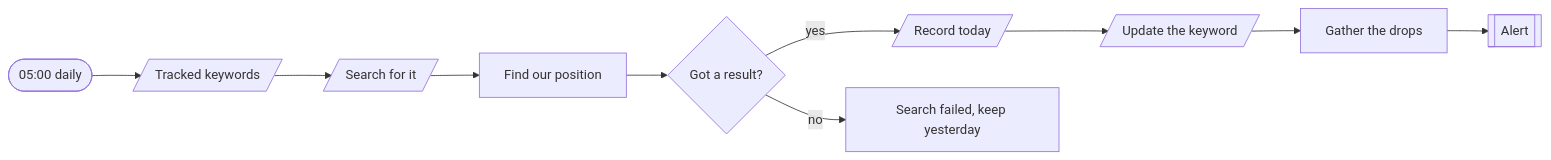
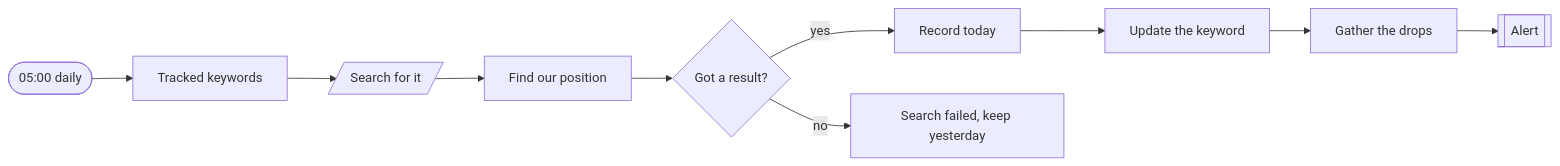
The third of 4 diagrams in workflows/content/README.md (kimjoshuadr/n8n-workflows), drawn with Mermaid before and after one commit. The commit also changed other lines of this file and 184 other files, not shown here.

Commit message:
Finish the move to named platforms: blocks, BambooHR, generated README, schema and platform marks

````diff
--- a/workflows/content/README.md
+++ b/workflows/content/README.md
@@ -105,22 +105,22 @@
 ```mermaid
 flowchart LR
   n1tsktpj(["05:00 daily"])
-  n6lznd3[/"Tracked keywords"/]
+  n6lznd3["Tracked keywords"]
   n16h3wk3[/"Search for it"/]
   ny403el["Find our position"]
   n613mw8{"Got a result?"}
-  n1a40jtl[/"Record today"/]
-  n1h9sgqy[/"Update the keyword"/]
+  n1a40jtl["Record today"]
+  n1h9sgqy["Update the keyword"]
   ntvwxmf["Gather the drops"]
   n4d13md[["Alert"]]
   n1ji63nt["Search failed, keep yesterday"]
   n1tsktpj --> n6lznd3
   n6lznd3 --> n16h3wk3
   n16h3wk3 --> ny403el
   ny403el --> n613mw8
   n613mw8 -->|yes| n1a40jtl
   n1a40jtl --> n1h9sgqy
   n1h9sgqy --> ntvwxmf
   ntvwxmf --> n4d13md
   n613mw8 -->|no| n1ji63nt
 ```
````
